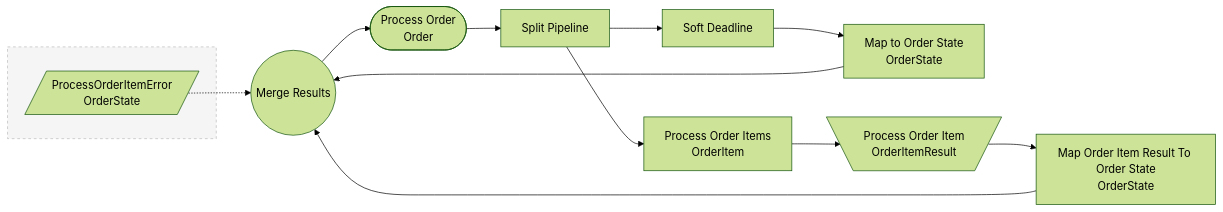
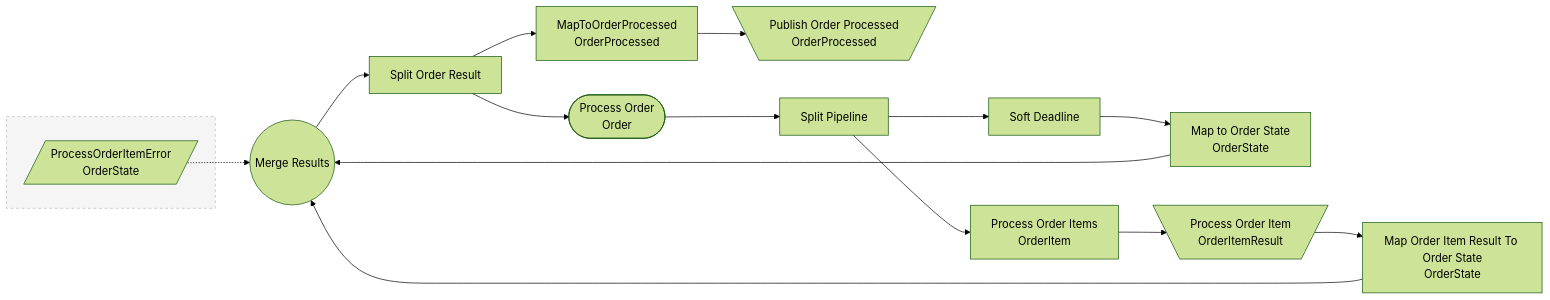
One commit to gorundebug/cppboostexample changed the diagram in orderservice/docs/order.md. Above: the diagram before and after it, drawn with Mermaid (forest theme). The commit also changed 41 other files, not shown here.

````diff
--- a/orderservice/docs/order.md
+++ b/orderservice/docs/order.md
@@ -3,31 +3,39 @@
 ```mermaid
 flowchart LR
   subgraph ext[" "]
     style ext fill:#f5f5f5,stroke:#bbb,stroke-dasharray:4
-    s5[/"ProcessOrderItemError
+    s46[/"ProcessOrderItemError
 OrderState"/]
   end
-  s6["Map Order Item Result To Order State
+  s47["Map Order Item Result To Order State
 OrderState"]
-  s7["Map to Order State
+  s48["MapToOrderProcessed
+OrderProcessed"]
+  s49["Map to Order State
 OrderState"]
-  s8(("Merge Results"))
-  s9(["Process Order
+  s50(("Merge Results"))
+  s51(["Process Order
 Order"])
-  s10[\"Process Order Item
+  s52[\"Process Order Item
 OrderItemResult"/]
-  s11["Process Order Items
+  s53["Process Order Items
 OrderItem"]
-  s12["Soft Deadline"]
-  s13["Split Pipeline"]
-  s10 --> s6
-  s12 --> s7
-  s7 --> s8
-  s6 --> s8
-  s5 -.-> s8
-  s8 --> s9
-  s11 --> s10
-  s13 --> s11
-  s13 --> s12
-  s9 --> s13
+  s54[\"Publish Order Processed
+OrderProcessed"/]
+  s55["Soft Deadline"]
+  s56["Split Order Result"]
+  s57["Split Pipeline"]
+  s52 --> s47
+  s56 --> s48
+  s55 --> s49
+  s49 --> s50
+  s47 --> s50
+  s46 -.-> s50
+  s56 --> s51
+  s53 --> s52
+  s57 --> s53
+  s48 --> s54
+  s57 --> s55
+  s50 --> s56
+  s51 --> s57
 ```
````
